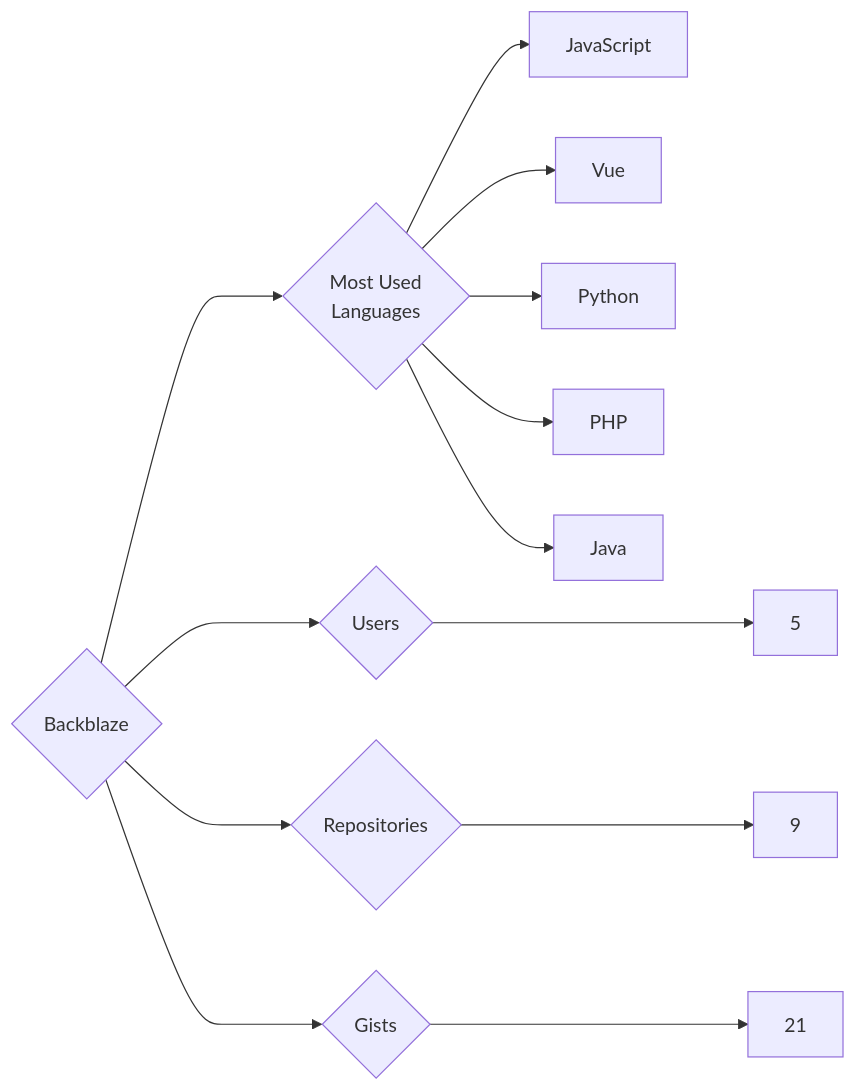
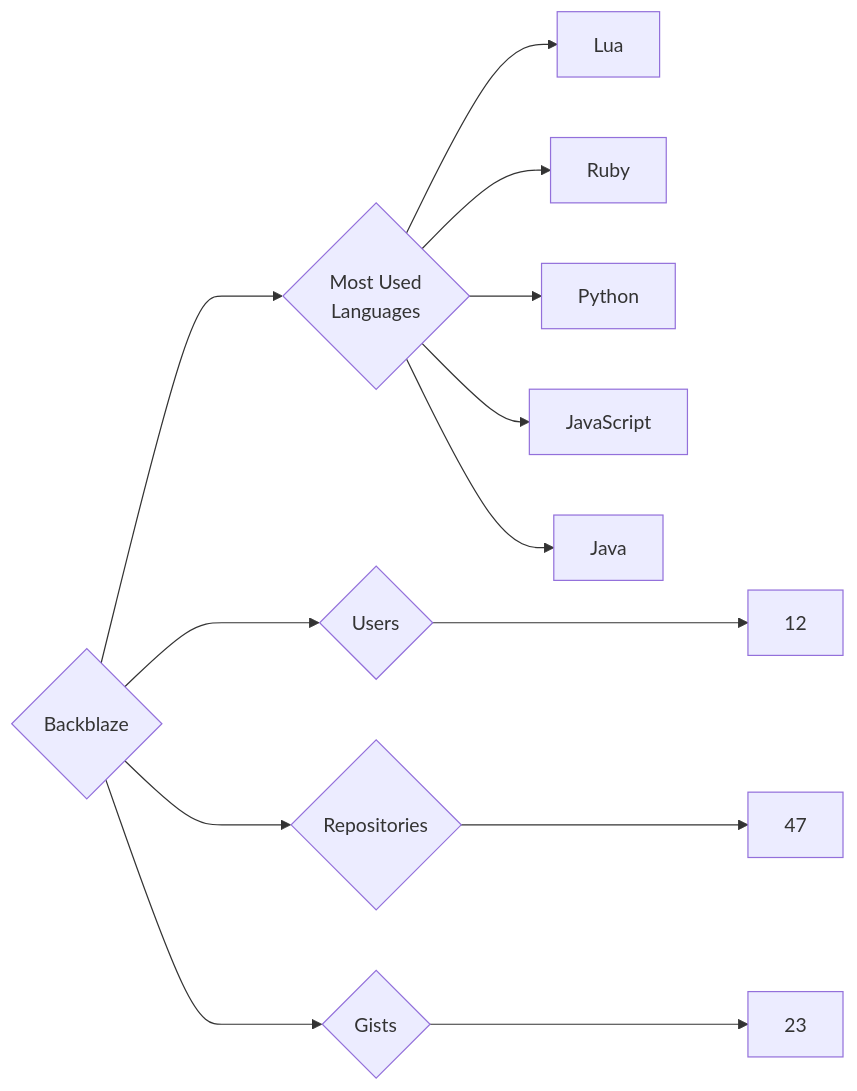
Before and after one commit to trickest/insiders: the diagram in targets/Backblaze/README.md, drawn with Mermaid. The commit also changed 859 other files, not shown here.

````diff
--- a/targets/Backblaze/README.md
+++ b/targets/Backblaze/README.md
@@ -3,13 +3,13 @@
 ```mermaid
 graph LR
 COMPANY_NAME{Backblaze}
-COMPANY_NAME ---> U{Users} ---> UN[5]
-COMPANY_NAME ---> R{Repositories} ---> RN[9]
-COMPANY_NAME ---> G{Gists} ---> GN[21]
+COMPANY_NAME ---> U{Users} ---> UN[12]
+COMPANY_NAME ---> R{Repositories} ---> RN[47]
+COMPANY_NAME ---> G{Gists} ---> GN[23]
 COMPANY_NAME ---> ML{Most Used<br>Languages}
+ML --> Lua[Lua]
+ML --> Ruby[Ruby]
+ML --> Python[Python]
 ML --> JavaScript[JavaScript]
-ML --> Vue[Vue]
-ML --> Python[Python]
-ML --> PHP[PHP]
 ML --> Java[Java]
 ```
````
